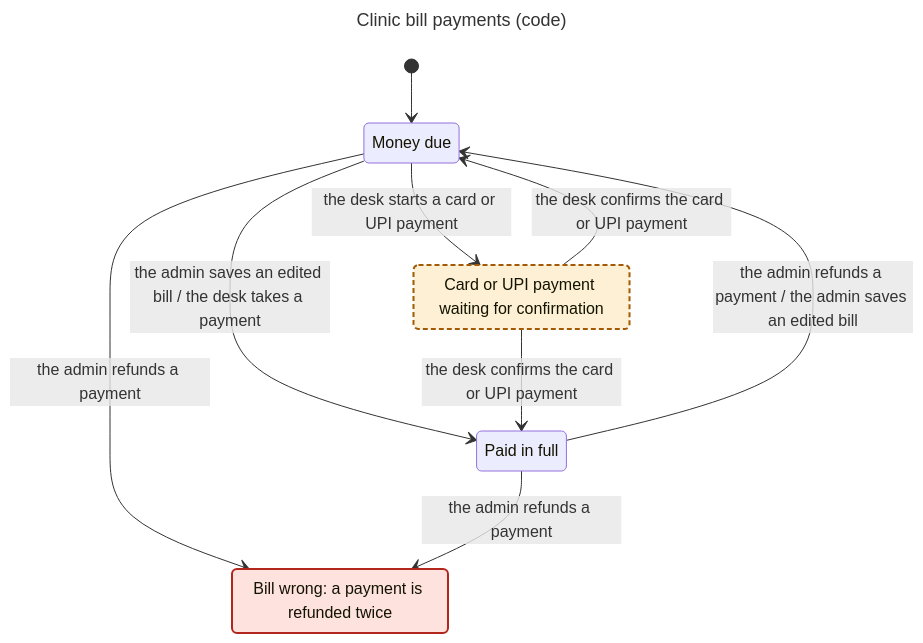
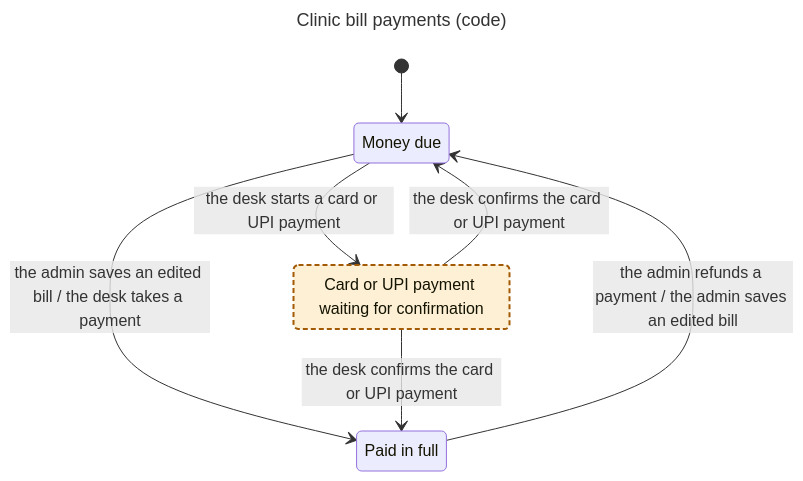
The diagram in verification/state-machines/clinic-billing/results/code.mmd (nareshshah139/Clinic_Management_System), drawn with Mermaid before and after one commit. The commit also changed 14 other files, not shown here.

```diff
--- a/verification/state-machines/clinic-billing/results/code.mmd
+++ b/verification/state-machines/clinic-billing/results/code.mmd
@@ -1,21 +1,17 @@
 ---
 title: "Clinic bill payments (code)"
 ---
 stateDiagram-v2
   state "Money due" as s0
-  state "Bill wrong: a payment is refunded twice" as s1
-  state "Card or UPI payment waiting for confirmation" as s2
-  state "Paid in full" as s3
+  state "Card or UPI payment waiting for confirmation" as s1
+  state "Paid in full" as s2
   [*] --> s0
-  s0 --> s1: the admin refunds a payment
-  s0 --> s2: the desk starts a card or UPI payment
-  s0 --> s3: the admin saves an edited bill / the desk takes a payment
-  s2 --> s0: the desk confirms the card or UPI payment
-  s2 --> s3: the desk confirms the card or UPI payment
-  s3 --> s0: the admin refunds a payment / the admin saves an edited bill
-  s3 --> s1: the admin refunds a payment
+  s0 --> s1: the desk starts a card or UPI payment
+  s0 --> s2: the admin saves an edited bill / the desk takes a payment
+  s1 --> s0: the desk confirms the card or UPI payment
+  s1 --> s2: the desk confirms the card or UPI payment
+  s2 --> s0: the admin refunds a payment / the admin saves an edited bill
   classDef breaks fill:#fde2dd,stroke:#b3261e,stroke-width:2px
   classDef stuck fill:#fdf0d5,stroke:#a35a05,stroke-width:2px,stroke-dasharray:5 3
   classDef breaksAndStuck fill:#fde2dd,stroke:#a35a05,stroke-width:2px,stroke-dasharray:5 3
-  class s1 breaks
-  class s2 stuck
+  class s1 stuck
```
